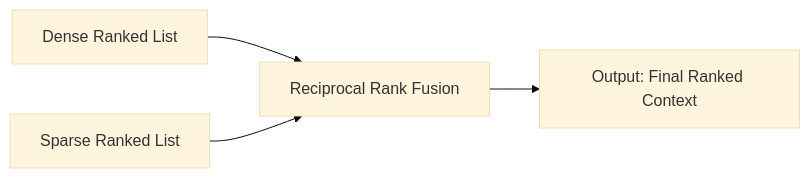
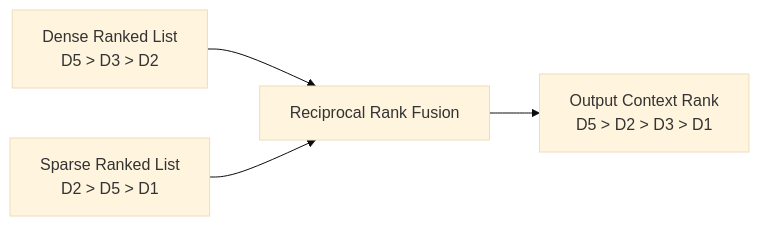
The sixth of 8 diagrams in docs/implementation.md (delisha02/droitdraft), drawn with Mermaid (base theme) before and after one commit. The commit also changed other lines of this file, not shown here.

````diff
--- a/docs/implementation.md
+++ b/docs/implementation.md
@@ -132,6 +135,9 @@
 ```mermaid
 flowchart LR
-    DR["Dense Ranked List"] --> RRF["Reciprocal Rank Fusion"]
-    SR["Sparse Ranked List"] --> RRF
-    RRF --> CTX["Output: Final Ranked Context"]
+    DR["Dense Ranked List
+D5 > D3 > D2"] --> RRF["Reciprocal Rank Fusion"]
+    SR["Sparse Ranked List
+D2 > D5 > D1"] --> RRF
+    RRF --> CTX["Output Context Rank
+D5 > D2 > D3 > D1"]
 ```
````
